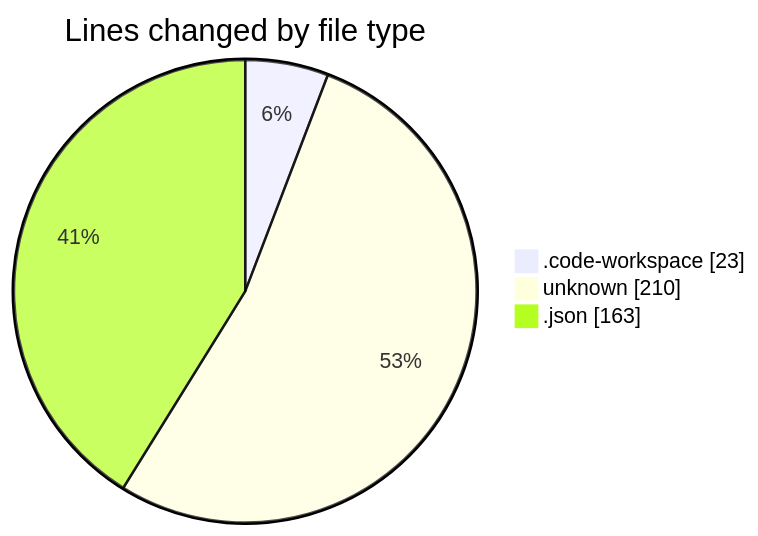
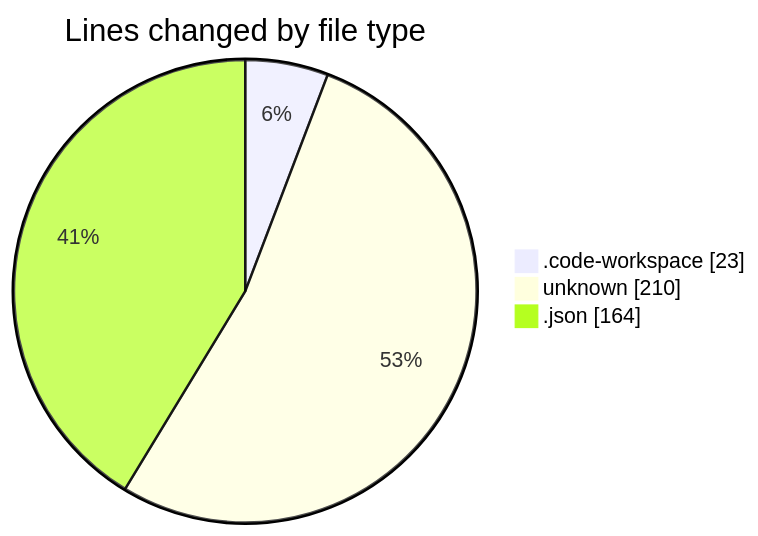
The first of 2 diagrams in 2026-03-02/shadcn-admin-kit-main__workspace_/README.md (jadenblack/code-tracking), drawn with Mermaid before and after one commit. The commit also changed other lines of this file and 1 other file, not shown here.

````diff
--- a/2026-03-02/shadcn-admin-kit-main__workspace_/README.md
+++ b/2026-03-02/shadcn-admin-kit-main__workspace_/README.md
@@ -24,7 +24,7 @@
 ```mermaid
 pie showData
 title Lines changed by file type
 ".code-workspace" : 23
 "unknown" : 210
-".json" : 163
+".json" : 164
 ```
````
